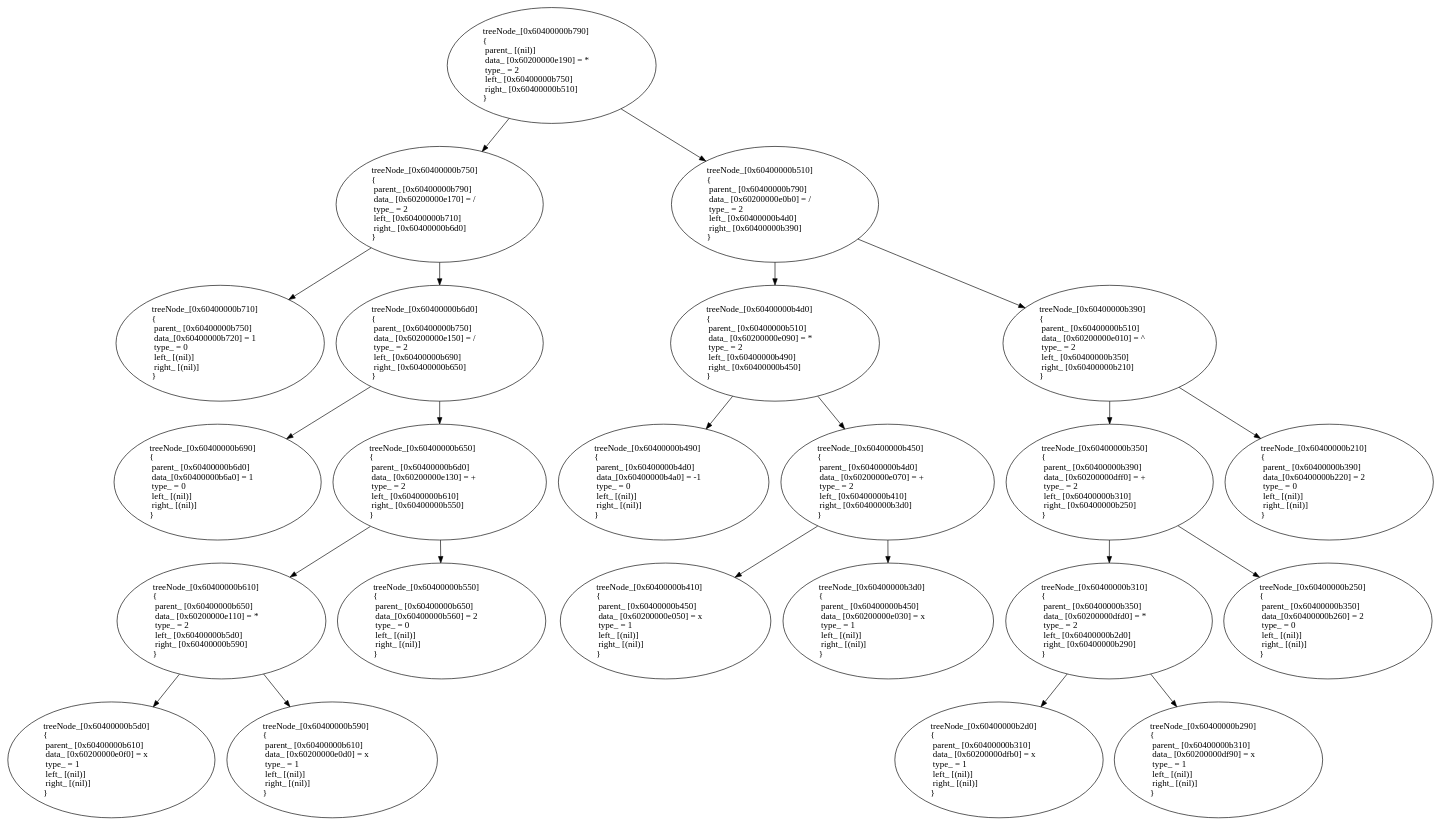
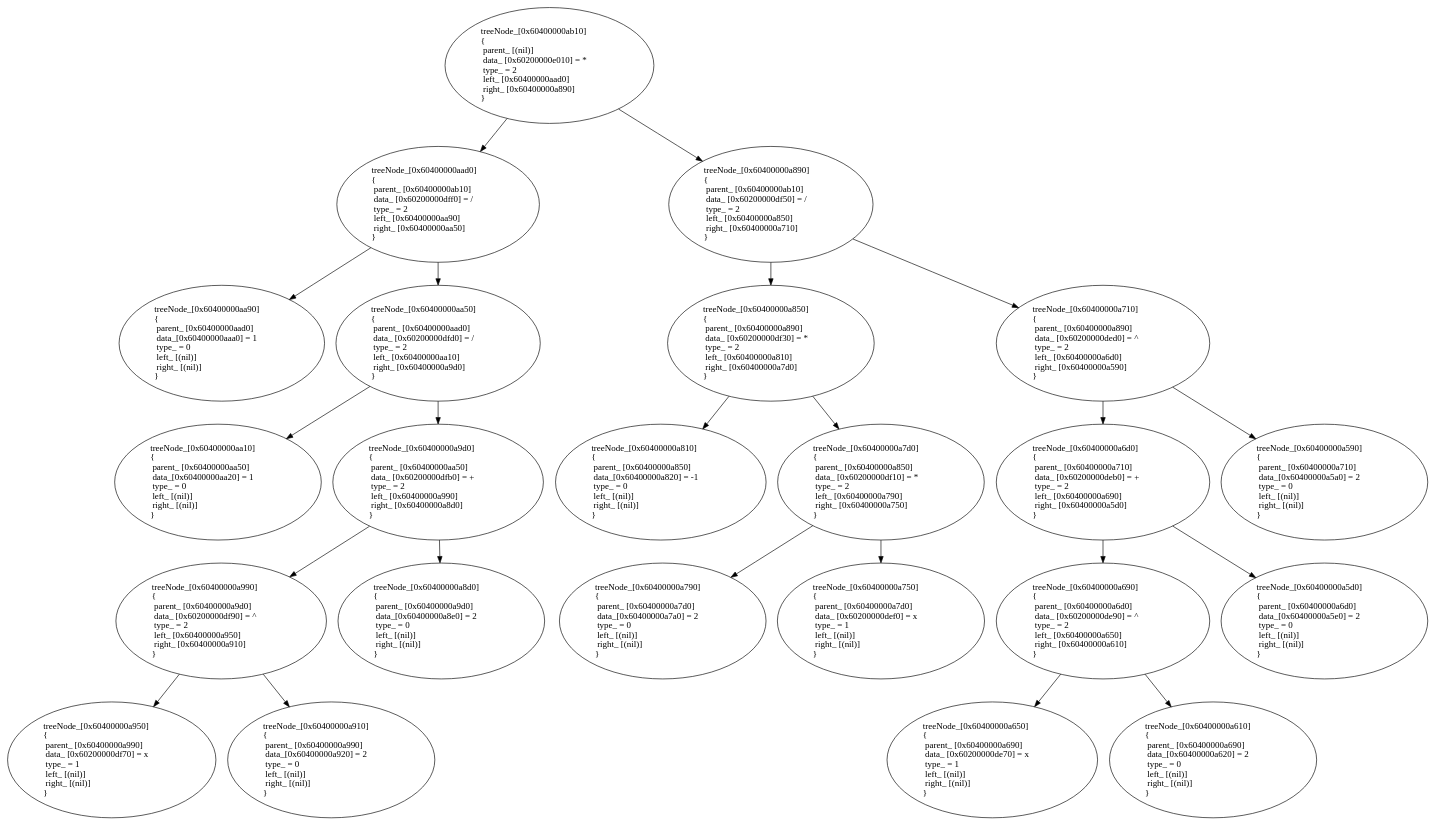
The diagram in output/Dot/dumpFile.gv (inedostoev/diff), drawn with Graphviz before and after one commit. The commit also changed 4 other files, not shown here.

```diff
--- a/output/Dot/dumpFile.gv
+++ b/output/Dot/dumpFile.gv
@@ -1,47 +1,47 @@
 digraph graf {
-treeNode_0x60400000b790 [label="treeNode_[0x60400000b790]\l{\l  parent_ [(nil)]\l  data_ [0x60200000e190] = *\l  type_ = 2\l  left_ [0x60400000b750]\l  right_ [0x60400000b510]\l}\l"]
-treeNode_0x60400000b790->treeNode_0x60400000b750
-treeNode_0x60400000b750 [label="treeNode_[0x60400000b750]\l{\l  parent_ [0x60400000b790]\l  data_ [0x60200000e170] = /\l  type_ = 2\l  left_ [0x60400000b710]\l  right_ [0x60400000b6d0]\l}\l"]
-treeNode_0x60400000b750->treeNode_0x60400000b710
-treeNode_0x60400000b710 [label="treeNode_[0x60400000b710]\l{\l  parent_ [0x60400000b750]\l  data_[0x60400000b720] = 1\l  type_ = 0\l  left_ [(nil)]\l  right_ [(nil)]\l}\l"]
-treeNode_0x60400000b750->treeNode_0x60400000b6d0
-treeNode_0x60400000b6d0 [label="treeNode_[0x60400000b6d0]\l{\l  parent_ [0x60400000b750]\l  data_ [0x60200000e150] = /\l  type_ = 2\l  left_ [0x60400000b690]\l  right_ [0x60400000b650]\l}\l"]
-treeNode_0x60400000b6d0->treeNode_0x60400000b690
-treeNode_0x60400000b690 [label="treeNode_[0x60400000b690]\l{\l  parent_ [0x60400000b6d0]\l  data_[0x60400000b6a0] = 1\l  type_ = 0\l  left_ [(nil)]\l  right_ [(nil)]\l}\l"]
-treeNode_0x60400000b6d0->treeNode_0x60400000b650
-treeNode_0x60400000b650 [label="treeNode_[0x60400000b650]\l{\l  parent_ [0x60400000b6d0]\l  data_ [0x60200000e130] = +\l  type_ = 2\l  left_ [0x60400000b610]\l  right_ [0x60400000b550]\l}\l"]
-treeNode_0x60400000b650->treeNode_0x60400000b610
-treeNode_0x60400000b610 [label="treeNode_[0x60400000b610]\l{\l  parent_ [0x60400000b650]\l  data_ [0x60200000e110] = *\l  type_ = 2\l  left_ [0x60400000b5d0]\l  right_ [0x60400000b590]\l}\l"]
-treeNode_0x60400000b610->treeNode_0x60400000b5d0
-treeNode_0x60400000b5d0 [label="treeNode_[0x60400000b5d0]\l{\l  parent_ [0x60400000b610]\l  data_ [0x60200000e0f0] = x\l  type_ = 1\l  left_ [(nil)]\l  right_ [(nil)]\l}\l"]
-treeNode_0x60400000b610->treeNode_0x60400000b590
-treeNode_0x60400000b590 [label="treeNode_[0x60400000b590]\l{\l  parent_ [0x60400000b610]\l  data_ [0x60200000e0d0] = x\l  type_ = 1\l  left_ [(nil)]\l  right_ [(nil)]\l}\l"]
-treeNode_0x60400000b650->treeNode_0x60400000b550
-treeNode_0x60400000b550 [label="treeNode_[0x60400000b550]\l{\l  parent_ [0x60400000b650]\l  data_[0x60400000b560] = 2\l  type_ = 0\l  left_ [(nil)]\l  right_ [(nil)]\l}\l"]
-treeNode_0x60400000b790->treeNode_0x60400000b510
-treeNode_0x60400000b510 [label="treeNode_[0x60400000b510]\l{\l  parent_ [0x60400000b790]\l  data_ [0x60200000e0b0] = /\l  type_ = 2\l  left_ [0x60400000b4d0]\l  right_ [0x60400000b390]\l}\l"]
-treeNode_0x60400000b510->treeNode_0x60400000b4d0
-treeNode_0x60400000b4d0 [label="treeNode_[0x60400000b4d0]\l{\l  parent_ [0x60400000b510]\l  data_ [0x60200000e090] = *\l  type_ = 2\l  left_ [0x60400000b490]\l  right_ [0x60400000b450]\l}\l"]
-treeNode_0x60400000b4d0->treeNode_0x60400000b490
-treeNode_0x60400000b490 [label="treeNode_[0x60400000b490]\l{\l  parent_ [0x60400000b4d0]\l  data_[0x60400000b4a0] = -1\l  type_ = 0\l  left_ [(nil)]\l  right_ [(nil)]\l}\l"]
-treeNode_0x60400000b4d0->treeNode_0x60400000b450
-treeNode_0x60400000b450 [label="treeNode_[0x60400000b450]\l{\l  parent_ [0x60400000b4d0]\l  data_ [0x60200000e070] = +\l  type_ = 2\l  left_ [0x60400000b410]\l  right_ [0x60400000b3d0]\l}\l"]
-treeNode_0x60400000b450->treeNode_0x60400000b410
-treeNode_0x60400000b410 [label="treeNode_[0x60400000b410]\l{\l  parent_ [0x60400000b450]\l  data_ [0x60200000e050] = x\l  type_ = 1\l  left_ [(nil)]\l  right_ [(nil)]\l}\l"]
-treeNode_0x60400000b450->treeNode_0x60400000b3d0
-treeNode_0x60400000b3d0 [label="treeNode_[0x60400000b3d0]\l{\l  parent_ [0x60400000b450]\l  data_ [0x60200000e030] = x\l  type_ = 1\l  left_ [(nil)]\l  right_ [(nil)]\l}\l"]
-treeNode_0x60400000b510->treeNode_0x60400000b390
-treeNode_0x60400000b390 [label="treeNode_[0x60400000b390]\l{\l  parent_ [0x60400000b510]\l  data_ [0x60200000e010] = ^\l  type_ = 2\l  left_ [0x60400000b350]\l  right_ [0x60400000b210]\l}\l"]
-treeNode_0x60400000b390->treeNode_0x60400000b350
-treeNode_0x60400000b350 [label="treeNode_[0x60400000b350]\l{\l  parent_ [0x60400000b390]\l  data_ [0x60200000dff0] = +\l  type_ = 2\l  left_ [0x60400000b310]\l  right_ [0x60400000b250]\l}\l"]
-treeNode_0x60400000b350->treeNode_0x60400000b310
-treeNode_0x60400000b310 [label="treeNode_[0x60400000b310]\l{\l  parent_ [0x60400000b350]\l  data_ [0x60200000dfd0] = *\l  type_ = 2\l  left_ [0x60400000b2d0]\l  right_ [0x60400000b290]\l}\l"]
-treeNode_0x60400000b310->treeNode_0x60400000b2d0
-treeNode_0x60400000b2d0 [label="treeNode_[0x60400000b2d0]\l{\l  parent_ [0x60400000b310]\l  data_ [0x60200000dfb0] = x\l  type_ = 1\l  left_ [(nil)]\l  right_ [(nil)]\l}\l"]
-treeNode_0x60400000b310->treeNode_0x60400000b290
-treeNode_0x60400000b290 [label="treeNode_[0x60400000b290]\l{\l  parent_ [0x60400000b310]\l  data_ [0x60200000df90] = x\l  type_ = 1\l  left_ [(nil)]\l  right_ [(nil)]\l}\l"]
-treeNode_0x60400000b350->treeNode_0x60400000b250
-treeNode_0x60400000b250 [label="treeNode_[0x60400000b250]\l{\l  parent_ [0x60400000b350]\l  data_[0x60400000b260] = 2\l  type_ = 0\l  left_ [(nil)]\l  right_ [(nil)]\l}\l"]
-treeNode_0x60400000b390->treeNode_0x60400000b210
-treeNode_0x60400000b210 [label="treeNode_[0x60400000b210]\l{\l  parent_ [0x60400000b390]\l  data_[0x60400000b220] = 2\l  type_ = 0\l  left_ [(nil)]\l  right_ [(nil)]\l}\l"]
+treeNode_0x60400000ab10 [label="treeNode_[0x60400000ab10]\l{\l  parent_ [(nil)]\l  data_ [0x60200000e010] = *\l  type_ = 2\l  left_ [0x60400000aad0]\l  right_ [0x60400000a890]\l}\l"]
+treeNode_0x60400000ab10->treeNode_0x60400000aad0
+treeNode_0x60400000aad0 [label="treeNode_[0x60400000aad0]\l{\l  parent_ [0x60400000ab10]\l  data_ [0x60200000dff0] = /\l  type_ = 2\l  left_ [0x60400000aa90]\l  right_ [0x60400000aa50]\l}\l"]
+treeNode_0x60400000aad0->treeNode_0x60400000aa90
+treeNode_0x60400000aa90 [label="treeNode_[0x60400000aa90]\l{\l  parent_ [0x60400000aad0]\l  data_[0x60400000aaa0] = 1\l  type_ = 0\l  left_ [(nil)]\l  right_ [(nil)]\l}\l"]
+treeNode_0x60400000aad0->treeNode_0x60400000aa50
+treeNode_0x60400000aa50 [label="treeNode_[0x60400000aa50]\l{\l  parent_ [0x60400000aad0]\l  data_ [0x60200000dfd0] = /\l  type_ = 2\l  left_ [0x60400000aa10]\l  right_ [0x60400000a9d0]\l}\l"]
+treeNode_0x60400000aa50->treeNode_0x60400000aa10
+treeNode_0x60400000aa10 [label="treeNode_[0x60400000aa10]\l{\l  parent_ [0x60400000aa50]\l  data_[0x60400000aa20] = 1\l  type_ = 0\l  left_ [(nil)]\l  right_ [(nil)]\l}\l"]
+treeNode_0x60400000aa50->treeNode_0x60400000a9d0
+treeNode_0x60400000a9d0 [label="treeNode_[0x60400000a9d0]\l{\l  parent_ [0x60400000aa50]\l  data_ [0x60200000dfb0] = +\l  type_ = 2\l  left_ [0x60400000a990]\l  right_ [0x60400000a8d0]\l}\l"]
+treeNode_0x60400000a9d0->treeNode_0x60400000a990
+treeNode_0x60400000a990 [label="treeNode_[0x60400000a990]\l{\l  parent_ [0x60400000a9d0]\l  data_ [0x60200000df90] = ^\l  type_ = 2\l  left_ [0x60400000a950]\l  right_ [0x60400000a910]\l}\l"]
+treeNode_0x60400000a990->treeNode_0x60400000a950
+treeNode_0x60400000a950 [label="treeNode_[0x60400000a950]\l{\l  parent_ [0x60400000a990]\l  data_ [0x60200000df70] = x\l  type_ = 1\l  left_ [(nil)]\l  right_ [(nil)]\l}\l"]
+treeNode_0x60400000a990->treeNode_0x60400000a910
+treeNode_0x60400000a910 [label="treeNode_[0x60400000a910]\l{\l  parent_ [0x60400000a990]\l  data_[0x60400000a920] = 2\l  type_ = 0\l  left_ [(nil)]\l  right_ [(nil)]\l}\l"]
+treeNode_0x60400000a9d0->treeNode_0x60400000a8d0
+treeNode_0x60400000a8d0 [label="treeNode_[0x60400000a8d0]\l{\l  parent_ [0x60400000a9d0]\l  data_[0x60400000a8e0] = 2\l  type_ = 0\l  left_ [(nil)]\l  right_ [(nil)]\l}\l"]
+treeNode_0x60400000ab10->treeNode_0x60400000a890
+treeNode_0x60400000a890 [label="treeNode_[0x60400000a890]\l{\l  parent_ [0x60400000ab10]\l  data_ [0x60200000df50] = /\l  type_ = 2\l  left_ [0x60400000a850]\l  right_ [0x60400000a710]\l}\l"]
+treeNode_0x60400000a890->treeNode_0x60400000a850
+treeNode_0x60400000a850 [label="treeNode_[0x60400000a850]\l{\l  parent_ [0x60400000a890]\l  data_ [0x60200000df30] = *\l  type_ = 2\l  left_ [0x60400000a810]\l  right_ [0x60400000a7d0]\l}\l"]
+treeNode_0x60400000a850->treeNode_0x60400000a810
+treeNode_0x60400000a810 [label="treeNode_[0x60400000a810]\l{\l  parent_ [0x60400000a850]\l  data_[0x60400000a820] = -1\l  type_ = 0\l  left_ [(nil)]\l  right_ [(nil)]\l}\l"]
+treeNode_0x60400000a850->treeNode_0x60400000a7d0
+treeNode_0x60400000a7d0 [label="treeNode_[0x60400000a7d0]\l{\l  parent_ [0x60400000a850]\l  data_ [0x60200000df10] = *\l  type_ = 2\l  left_ [0x60400000a790]\l  right_ [0x60400000a750]\l}\l"]
+treeNode_0x60400000a7d0->treeNode_0x60400000a790
+treeNode_0x60400000a790 [label="treeNode_[0x60400000a790]\l{\l  parent_ [0x60400000a7d0]\l  data_[0x60400000a7a0] = 2\l  type_ = 0\l  left_ [(nil)]\l  right_ [(nil)]\l}\l"]
+treeNode_0x60400000a7d0->treeNode_0x60400000a750
+treeNode_0x60400000a750 [label="treeNode_[0x60400000a750]\l{\l  parent_ [0x60400000a7d0]\l  data_ [0x60200000def0] = x\l  type_ = 1\l  left_ [(nil)]\l  right_ [(nil)]\l}\l"]
+treeNode_0x60400000a890->treeNode_0x60400000a710
+treeNode_0x60400000a710 [label="treeNode_[0x60400000a710]\l{\l  parent_ [0x60400000a890]\l  data_ [0x60200000ded0] = ^\l  type_ = 2\l  left_ [0x60400000a6d0]\l  right_ [0x60400000a590]\l}\l"]
+treeNode_0x60400000a710->treeNode_0x60400000a6d0
+treeNode_0x60400000a6d0 [label="treeNode_[0x60400000a6d0]\l{\l  parent_ [0x60400000a710]\l  data_ [0x60200000deb0] = +\l  type_ = 2\l  left_ [0x60400000a690]\l  right_ [0x60400000a5d0]\l}\l"]
+treeNode_0x60400000a6d0->treeNode_0x60400000a690
+treeNode_0x60400000a690 [label="treeNode_[0x60400000a690]\l{\l  parent_ [0x60400000a6d0]\l  data_ [0x60200000de90] = ^\l  type_ = 2\l  left_ [0x60400000a650]\l  right_ [0x60400000a610]\l}\l"]
+treeNode_0x60400000a690->treeNode_0x60400000a650
+treeNode_0x60400000a650 [label="treeNode_[0x60400000a650]\l{\l  parent_ [0x60400000a690]\l  data_ [0x60200000de70] = x\l  type_ = 1\l  left_ [(nil)]\l  right_ [(nil)]\l}\l"]
+treeNode_0x60400000a690->treeNode_0x60400000a610
+treeNode_0x60400000a610 [label="treeNode_[0x60400000a610]\l{\l  parent_ [0x60400000a690]\l  data_[0x60400000a620] = 2\l  type_ = 0\l  left_ [(nil)]\l  right_ [(nil)]\l}\l"]
+treeNode_0x60400000a6d0->treeNode_0x60400000a5d0
+treeNode_0x60400000a5d0 [label="treeNode_[0x60400000a5d0]\l{\l  parent_ [0x60400000a6d0]\l  data_[0x60400000a5e0] = 2\l  type_ = 0\l  left_ [(nil)]\l  right_ [(nil)]\l}\l"]
+treeNode_0x60400000a710->treeNode_0x60400000a590
+treeNode_0x60400000a590 [label="treeNode_[0x60400000a590]\l{\l  parent_ [0x60400000a710]\l  data_[0x60400000a5a0] = 2\l  type_ = 0\l  left_ [(nil)]\l  right_ [(nil)]\l}\l"]
 }
```
